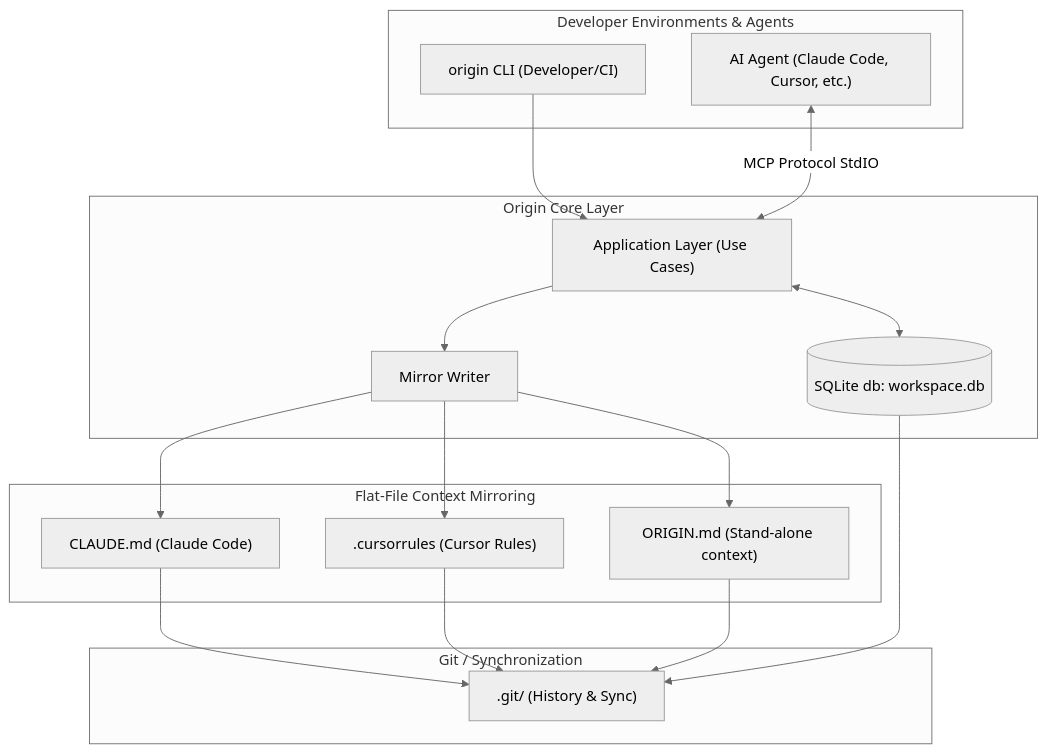
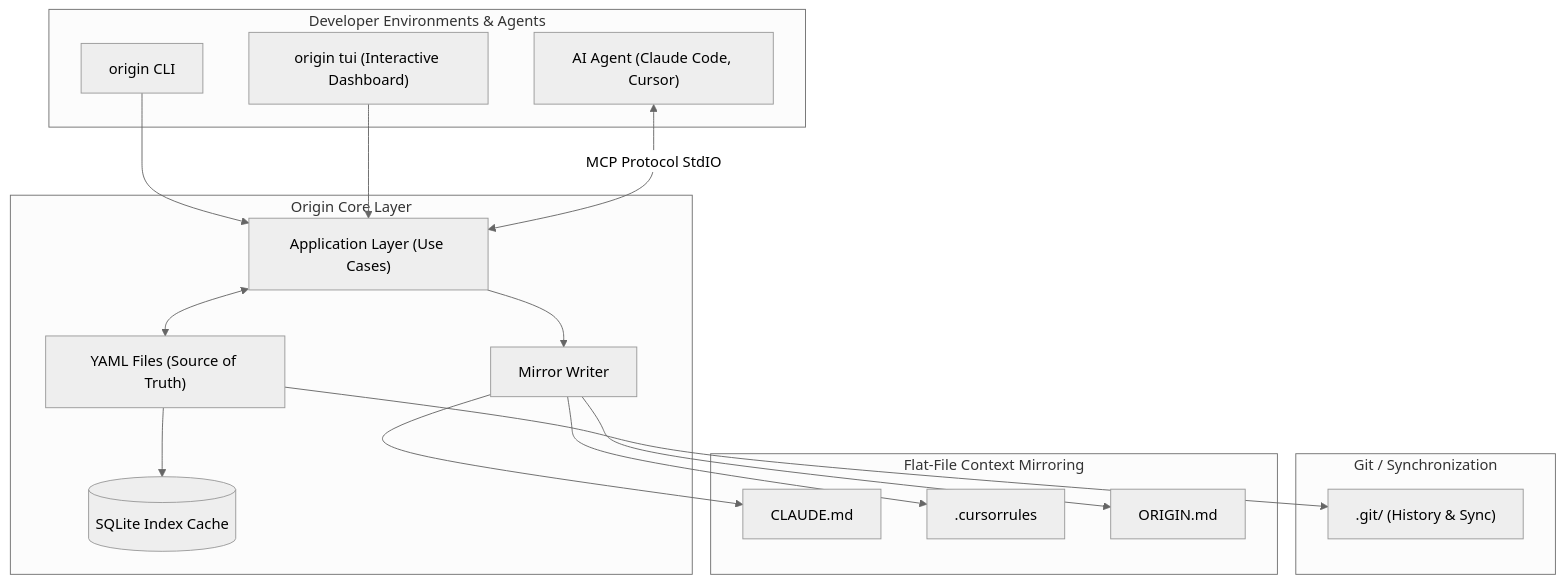
One commit to sohmxdd/Origin changed the first of 2 diagrams in README.md. Above: the diagram before and after it, drawn with Mermaid (neutral theme). The commit also changed other lines of this file and 7 other files, not shown here.

Commit message:
feat: v3 — interactive TUI dashboard (origin tui) with event horizon theme, keybindings, polling refresh, and Pilot tests

````diff
--- a/README.md
+++ b/README.md
@@ -15,35 +15,36 @@
 ```mermaid
 graph TD
     subgraph Client ["Developer Environments & Agents"]
-        CLI["origin CLI (Developer/CI)"]
-        Agent["AI Agent (Claude Code, Cursor, etc.)"]
+        CLI["origin CLI"]
+        TUI["origin tui (Interactive Dashboard)"]
+        Agent["AI Agent (Claude Code, Cursor)"]
     end
 
     subgraph OriginCore ["Origin Core Layer"]
         App["Application Layer (Use Cases)"]
-        DB[(SQLite db: workspace.db)]
+        YAML["YAML Files (Source of Truth)"]
+        DB[(SQLite Index Cache)]
         Mirror["Mirror Writer"]
     end
 
     subgraph Git ["Git / Synchronization"]
         Repo[".git/ (History & Sync)"]
     end
 
     subgraph Exports ["Flat-File Context Mirroring"]
-        CLAUDE["CLAUDE.md (Claude Code)"]
-        Cursor[".cursorrules (Cursor Rules)"]
-        Generic["ORIGIN.md (Stand-alone context)"]
+        CLAUDE["CLAUDE.md"]
+        Cursor[".cursorrules"]
+        Generic["ORIGIN.md"]
     end
 
     CLI --> App
+    TUI --> App
     Agent <-->|MCP Protocol StdIO| App
-    App <--> DB
+    App <--> YAML
+    YAML --> DB
     App --> Mirror
     Mirror --> CLAUDE
     Mirror --> Cursor
     Mirror --> Generic
-    CLAUDE --> Repo
-    Cursor --> Repo
-    Generic --> Repo
-    DB --> Repo
+    YAML --> Repo
 ```
````
